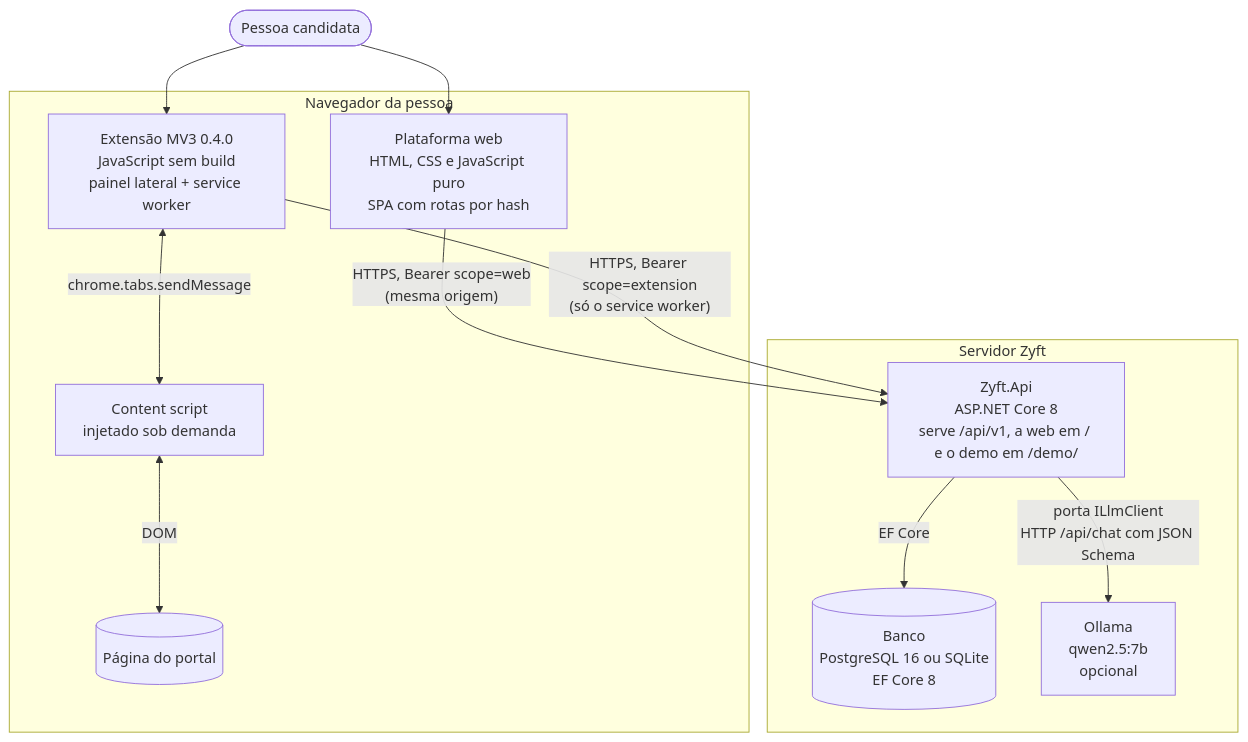
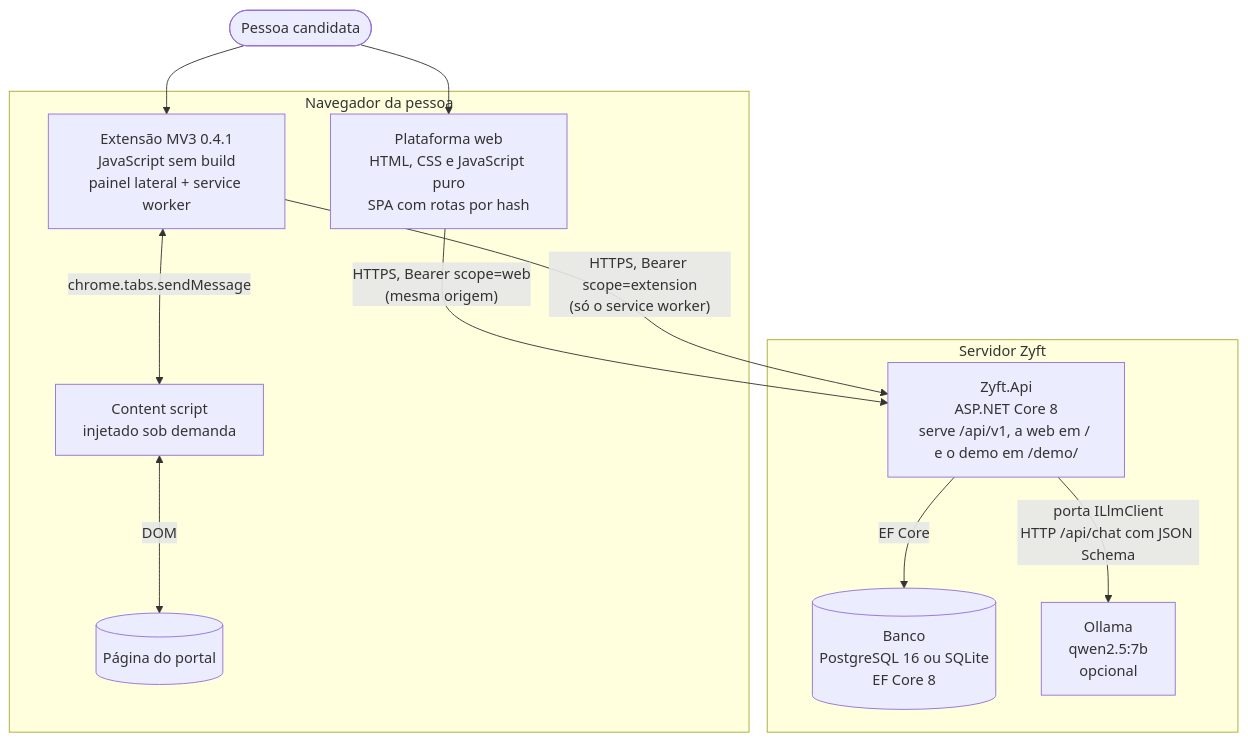
Before and after one commit to Ranchoneetoo26/ZIFY: the second of 9 diagrams in docs/03-arquitetura/dat.md, drawn with Mermaid. The commit also changed other lines of this file and 14 other files, not shown here.

````diff
--- a/docs/03-arquitetura/dat.md
+++ b/docs/03-arquitetura/dat.md
@@ -136,24 +137,24 @@
 ```mermaid
 flowchart TB
   P([Pessoa candidata])
   subgraph Navegador da pessoa
-    EXT[Extensão MV3 0.4.0<br/>JavaScript sem build<br/>painel lateral + service worker]
+    EXT[Extensão MV3 0.4.1<br/>JavaScript sem build<br/>painel lateral + service worker]
     CS[Content script<br/>injetado sob demanda]
     WEB[Plataforma web<br/>HTML, CSS e JavaScript puro<br/>SPA com rotas por hash]
     PG[(Página do portal)]
   end
   subgraph Servidor Zyft
     API[Zyft.Api<br/>ASP.NET Core 8<br/>serve /api/v1, a web em / e o demo em /demo/]
     DB[(Banco<br/>PostgreSQL 16 ou SQLite<br/>EF Core 8)]
     LLM[Ollama<br/>qwen2.5:7b<br/>opcional]
   end
 
   P --> WEB
   P --> EXT
   EXT <-- "chrome.tabs.sendMessage" --> CS
   CS <-- "DOM" --> PG
   WEB -- "HTTPS, Bearer scope=web<br/>(mesma origem)" --> API
   EXT -- "HTTPS, Bearer scope=extension<br/>(só o service worker)" --> API
   API -- "EF Core" --> DB
   API -- "porta ILlmClient<br/>HTTP /api/chat com JSON Schema" --> LLM
 ```
````
